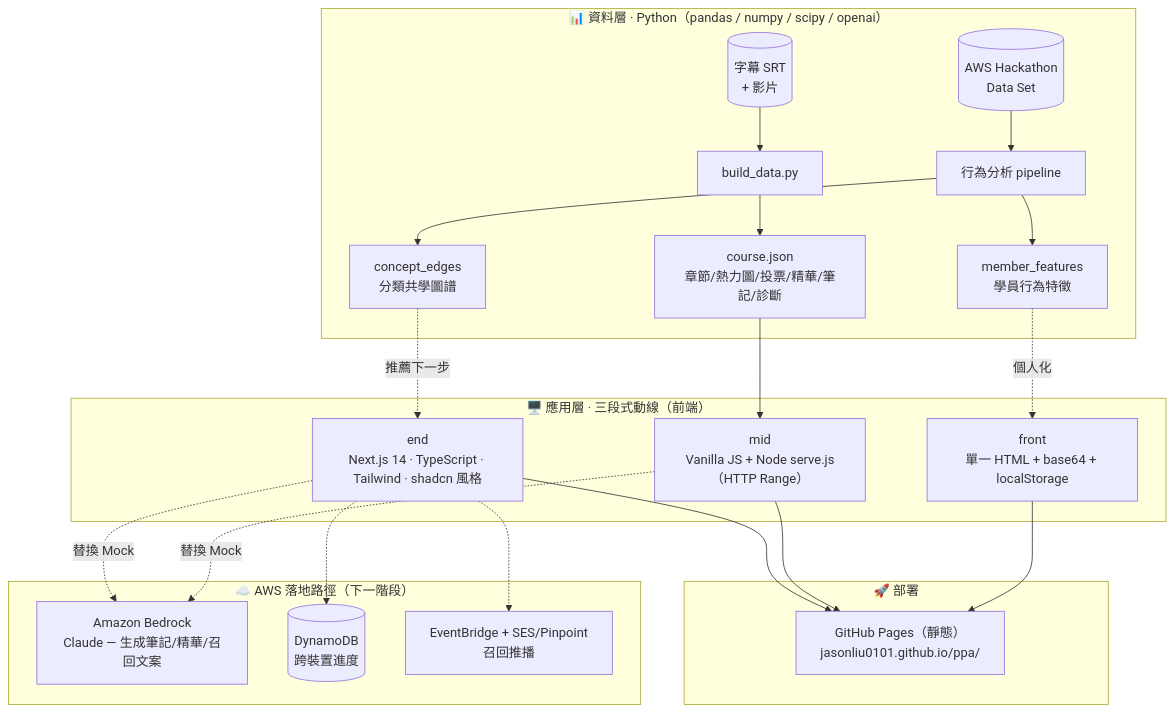
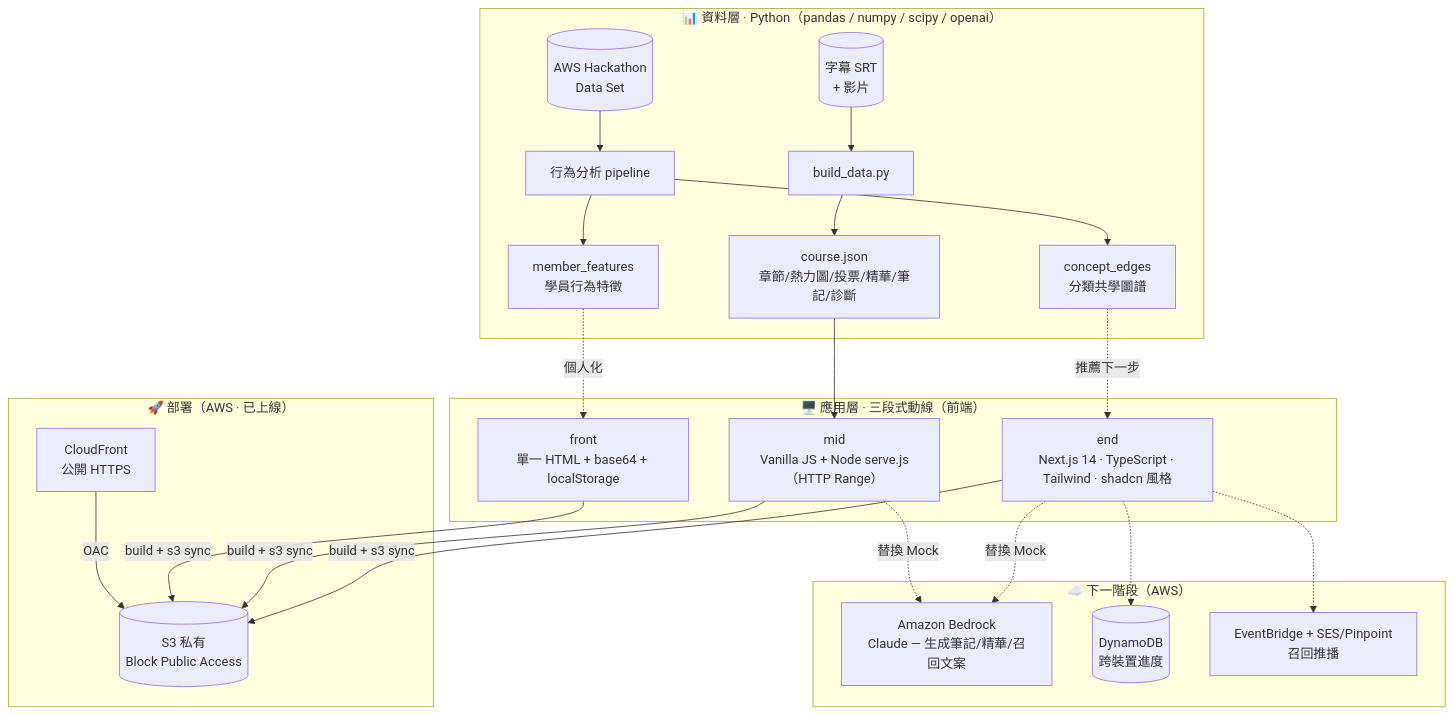
One commit to jasonliu0101/aws-hackathon-2026 changed the third of 5 diagrams in README.md. Above: the diagram before and after it, drawn with Mermaid. The commit also changed other lines of this file, not shown here.

First line of the commit message:
README 加入 AWS 部署架構（S3 私有 + CloudFront）

````diff
--- a/README.md
+++ b/README.md
@@ -84,38 +85,40 @@
 ```mermaid
 flowchart TB
     subgraph DATA["📊 資料層 · Python（pandas / numpy / scipy / openai）"]
         DS[("AWS Hackathon<br/>Data Set")]
         SRT[("字幕 SRT<br/>+ 影片")]
         AN["行為分析 pipeline"]
         BD["build_data.py"]
         CE["concept_edges<br/>分類共學圖譜"]
         MF["member_features<br/>學員行為特徵"]
         CJ["course.json<br/>章節/熱力圖/投票/精華/筆記/診斷"]
         DS --> AN --> CE & MF
         SRT --> BD --> CJ
     end
 
     subgraph APP["🖥️ 應用層 · 三段式動線（前端）"]
         FR["front<br/>單一 HTML + base64 + localStorage"]
         MI["mid<br/>Vanilla JS + Node serve.js（HTTP Range）"]
         EN["end<br/>Next.js 14 · TypeScript · Tailwind · shadcn 風格"]
     end
 
-    subgraph DEPLOY["🚀 部署"]
-        GP["GitHub Pages（靜態）<br/>jasonliu0101.github.io/ppa/"]
+    subgraph DEPLOY["🚀 部署（AWS · 已上線）"]
+        CFR["CloudFront<br/>公開 HTTPS"]
+        S3P[("S3 私有<br/>Block Public Access")]
+        CFR -->|OAC| S3P
     end
 
-    subgraph CLOUD["☁️ AWS 落地路徑（下一階段）"]
+    subgraph CLOUD["☁️ 下一階段（AWS）"]
         BR["Amazon Bedrock<br/>Claude — 生成筆記/精華/召回文案"]
         DB[("DynamoDB<br/>跨裝置進度")]
         EB["EventBridge + SES/Pinpoint<br/>召回推播"]
     end
 
     CJ --> MI
     MF -.->|個人化| FR
     CE -.->|推薦下一步| EN
-    FR & MI & EN --> GP
+    FR & MI & EN -->|build + s3 sync| S3P
     MI & EN -.->|替換 Mock| BR
     EN -.-> DB
     EN -.-> EB
 ```
````
